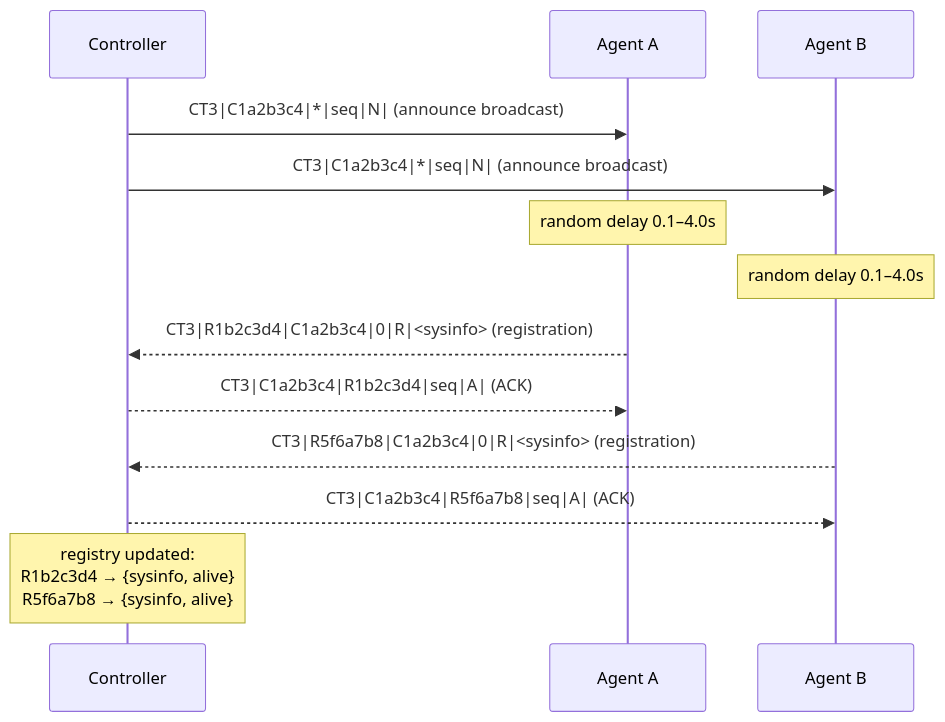
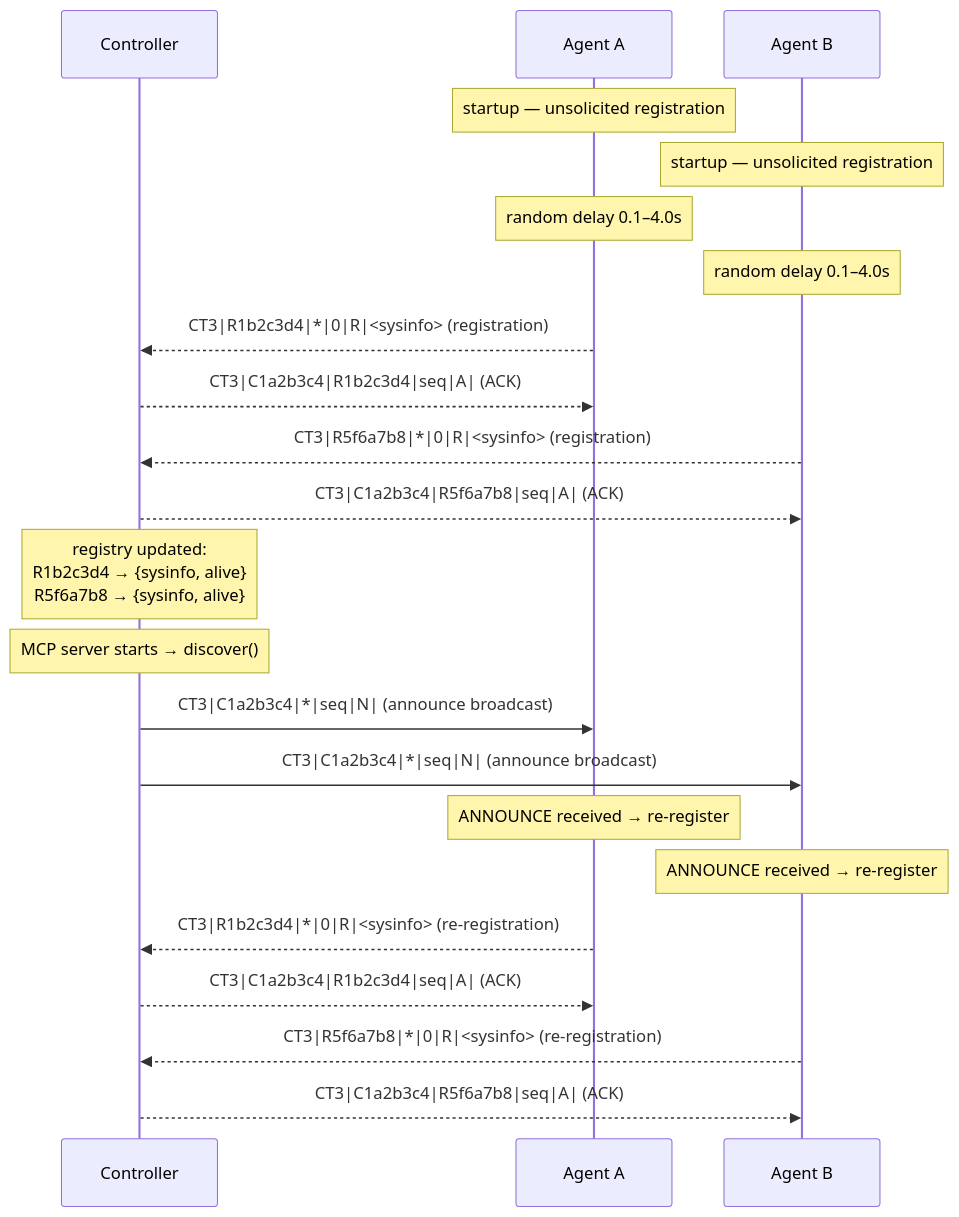
The second of 4 diagrams in README.md (jordi-murgo/cliptunnel-mcp), drawn with Mermaid before and after one commit. The commit also changed other lines of this file, not shown here.

Commit message:
docs: fix registration and announce flow in README
The diagram showed Controller announcing first and Agents responding.
The actual flow is:
- Agents register unsolicited on startup (broadcast, no announce needed)
- Controller announces later when MCP server starts or discover() is called
- Agents re-register in response to ANNOUNCE
Also updated lifecycle section and clipboard preservation to reflect
agent-side restore after registrations.

````diff
--- a/README.md
+++ b/README.md
@@ -67,19 +69,29 @@
 ```mermaid
 sequenceDiagram
     participant C as Controller
     participant A1 as Agent A
     participant A2 as Agent B
 
+    Note over A1: startup — unsolicited registration
+    Note over A2: startup — unsolicited registration
+    Note over A1: random delay 0.1–4.0s
+    Note over A2: random delay 0.1–4.0s
+
+    A1-->>C: CT3|R1b2c3d4|*|0|R|<sysinfo> (registration)
+    C-->>A1: CT3|C1a2b3c4|R1b2c3d4|seq|A| (ACK)
+    A2-->>C: CT3|R5f6a7b8|*|0|R|<sysinfo> (registration)
+    C-->>A2: CT3|C1a2b3c4|R5f6a7b8|seq|A| (ACK)
+
+    Note over C: registry updated:<br/>R1b2c3d4 → {sysinfo, alive}<br/>R5f6a7b8 → {sysinfo, alive}
+
+    Note over C: MCP server starts → discover()
     C->>A1: CT3|C1a2b3c4|*|seq|N| (announce broadcast)
     C->>A2: CT3|C1a2b3c4|*|seq|N| (announce broadcast)
 
-    Note over A1: random delay 0.1–4.0s
-    Note over A2: random delay 0.1–4.0s
-
-    A1-->>C: CT3|R1b2c3d4|C1a2b3c4|0|R|<sysinfo> (registration)
+    Note over A1: ANNOUNCE received → re-register
+    Note over A2: ANNOUNCE received → re-register
+    A1-->>C: CT3|R1b2c3d4|*|0|R|<sysinfo> (re-registration)
     C-->>A1: CT3|C1a2b3c4|R1b2c3d4|seq|A| (ACK)
-    A2-->>C: CT3|R5f6a7b8|C1a2b3c4|0|R|<sysinfo> (registration)
+    A2-->>C: CT3|R5f6a7b8|*|0|R|<sysinfo> (re-registration)
     C-->>A2: CT3|C1a2b3c4|R5f6a7b8|seq|A| (ACK)
-
-    Note over C: registry updated:<br/>R1b2c3d4 → {sysinfo, alive}<br/>R5f6a7b8 → {sysinfo, alive}
 ```
````
